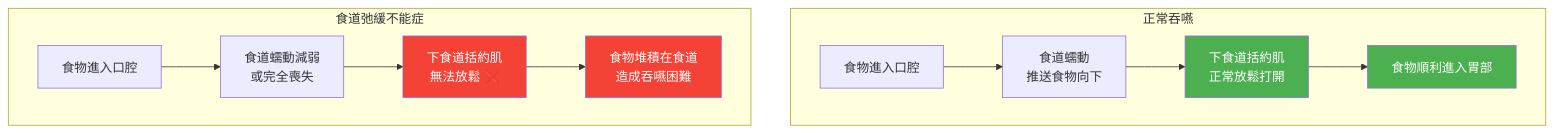
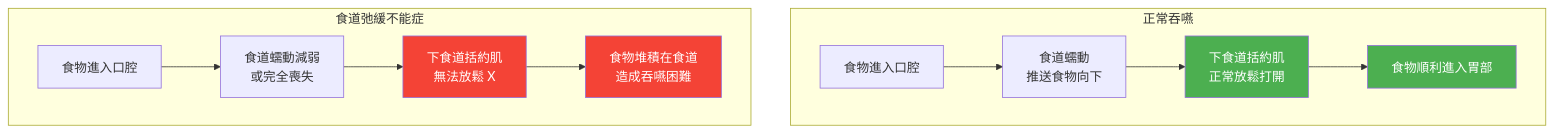
Before and after one commit to dontchangela-bit/esophageal-education: the diagram in 食道弛緩不能症/一般版/01_疾病介紹.md, drawn with Mermaid. The commit also changed 59 other files, not shown here.

First line of the commit message:
Fix Mermaid v11.13 syntax errors across all esophageal files

````diff
--- a/食道弛緩不能症/一般版/01_疾病介紹.md
+++ b/食道弛緩不能症/一般版/01_疾病介紹.md
@@ -31,19 +31,19 @@
 ```mermaid
 graph TD
     subgraph 正常吞嚥
         A1[食物進入口腔] --> B1[食道蠕動<br/>推送食物向下]
         B1 --> C1[下食道括約肌<br/>正常放鬆打開]
         C1 --> D1[食物順利進入胃部]
     end
 
     subgraph 食道弛緩不能症
         A2[食物進入口腔] --> B2[食道蠕動減弱<br/>或完全喪失]
-        B2 --> C2[下食道括約肌<br/>無法放鬆 ❌]
+        B2 --> C2[下食道括約肌<br/>無法放鬆 X]
         C2 --> D2[食物堆積在食道<br/>造成吞嚥困難]
     end
 
     style C1 fill:#4CAF50,color:#fff
     style C2 fill:#f44336,color:#fff
     style D1 fill:#4CAF50,color:#fff
     style D2 fill:#f44336,color:#fff
 ```
````
